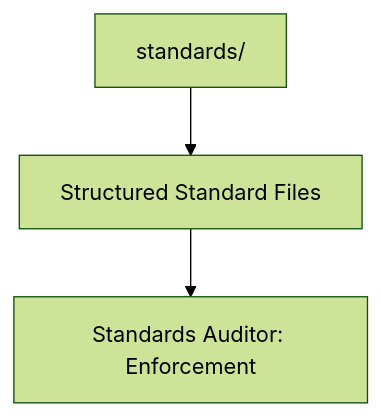
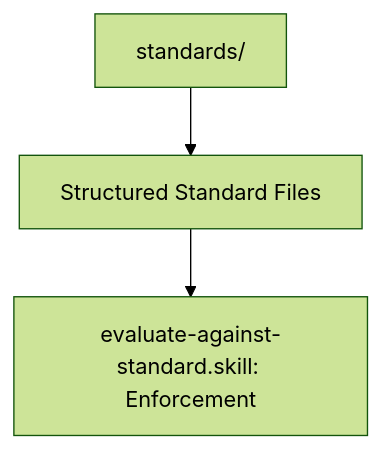
Before and after one commit to Gizmo4Life/ai-kernel: the diagram in standards/README.md, drawn with Mermaid (forest theme). The commit also changed 18 other files, not shown here.

````diff
--- a/standards/README.md
+++ b/standards/README.md
@@ -8,5 +8,5 @@
 ```mermaid
 graph TD
     Folder[standards/] --> Files[Structured Standard Files]
-    Files --> Audit[Standards Auditor: Enforcement]
+    Files --> Audit[evaluate-against-standard.skill: Enforcement]
 ```
````
